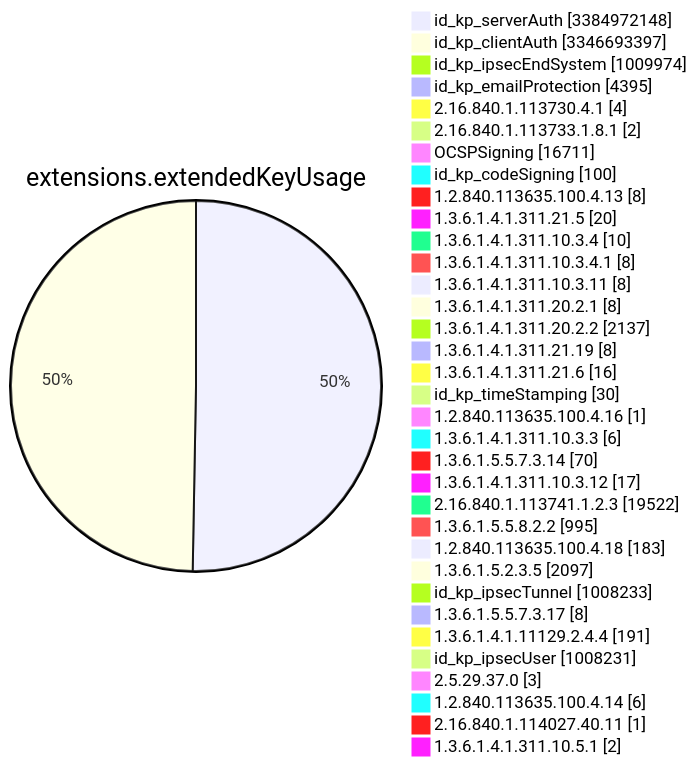
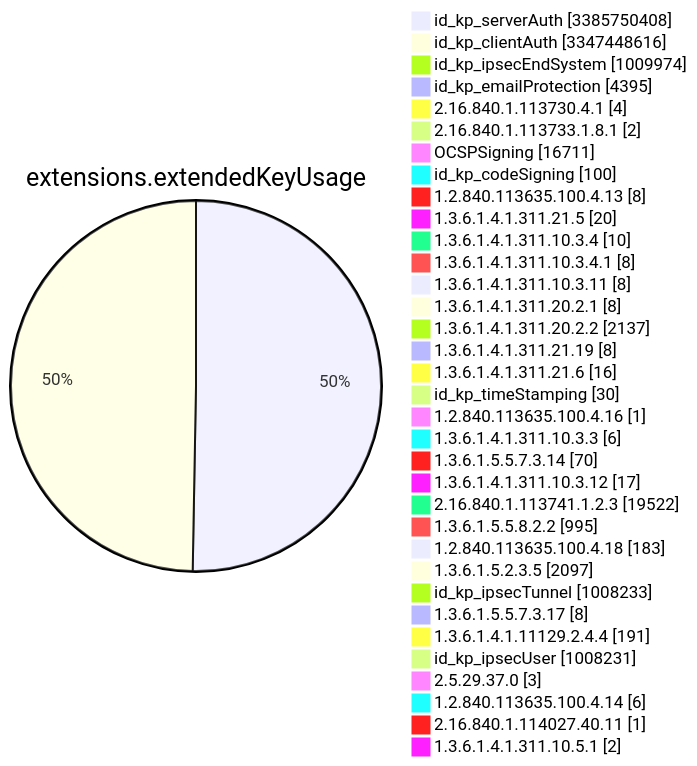
One commit to christiankrug/ctmonitor_visualization changed diagram 11 of 15 in TOTAL/README.md. Above: the diagram before and after it, drawn with Mermaid. The commit also changed other lines of this file, not shown here.

````diff
--- a/TOTAL/README.md
+++ b/TOTAL/README.md
@@ -4121,38 +4121,38 @@
 ```mermaid
 pie showData
 title extensions.extendedKeyUsage
-"id_kp_serverAuth" :3384972148
-"id_kp_clientAuth" :3346693397
+"id_kp_serverAuth" :3385750408
+"id_kp_clientAuth" :3347448616
 "id_kp_ipsecEndSystem" :1009974
 "id_kp_emailProtection" :4395
 "2.16.840.1.113730.4.1" :4
 "2.16.840.1.113733.1.8.1" :2
 "OCSPSigning" :16711
 "id_kp_codeSigning" :100
 "1.2.840.113635.100.4.13" :8
 "1.3.6.1.4.1.311.21.5" :20
 "1.3.6.1.4.1.311.10.3.4" :10
 "1.3.6.1.4.1.311.10.3.4.1" :8
 "1.3.6.1.4.1.311.10.3.11" :8
 "1.3.6.1.4.1.311.20.2.1" :8
 "1.3.6.1.4.1.311.20.2.2" :2137
 "1.3.6.1.4.1.311.21.19" :8
 "1.3.6.1.4.1.311.21.6" :16
 "id_kp_timeStamping" :30
 "1.2.840.113635.100.4.16" :1
 "1.3.6.1.4.1.311.10.3.3" :6
 "1.3.6.1.5.5.7.3.14" :70
 "1.3.6.1.4.1.311.10.3.12" :17
 "2.16.840.1.113741.1.2.3" :19522
 "1.3.6.1.5.5.8.2.2" :995
 "1.2.840.113635.100.4.18" :183
 "1.3.6.1.5.2.3.5" :2097
 "id_kp_ipsecTunnel" :1008233
 "1.3.6.1.5.5.7.3.17" :8
 "1.3.6.1.4.1.11129.2.4.4" :191
 "id_kp_ipsecUser" :1008231
 "2.5.29.37.0" :3
 "1.2.840.113635.100.4.14" :6
 "2.16.840.1.114027.40.11" :1
 "1.3.6.1.4.1.311.10.5.1" :2
 ```
````
